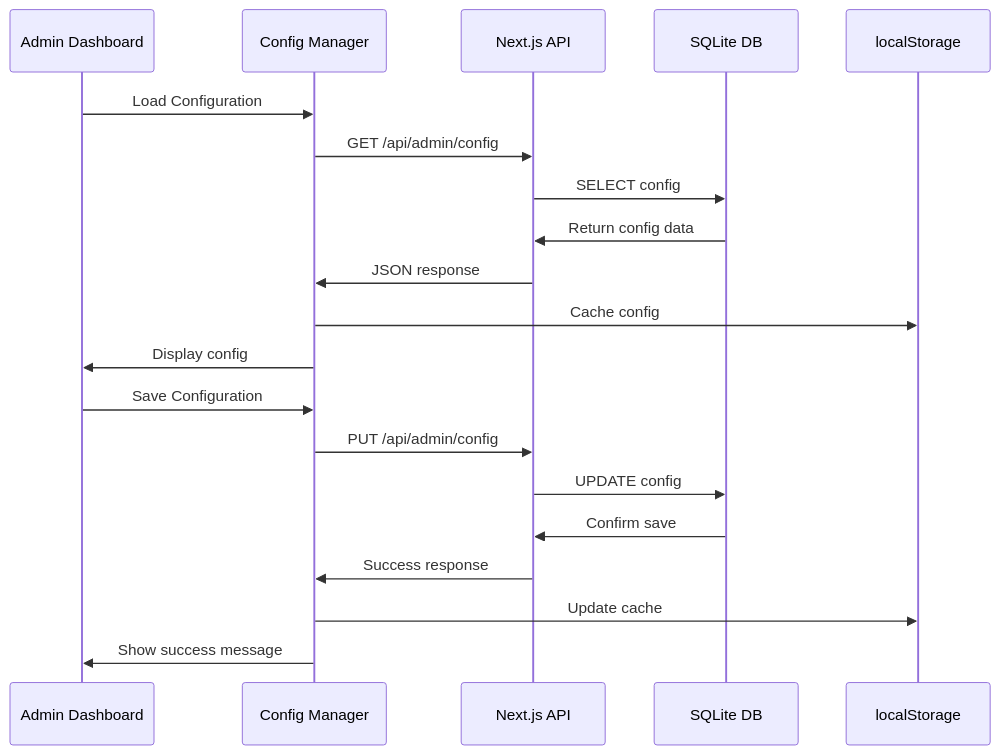
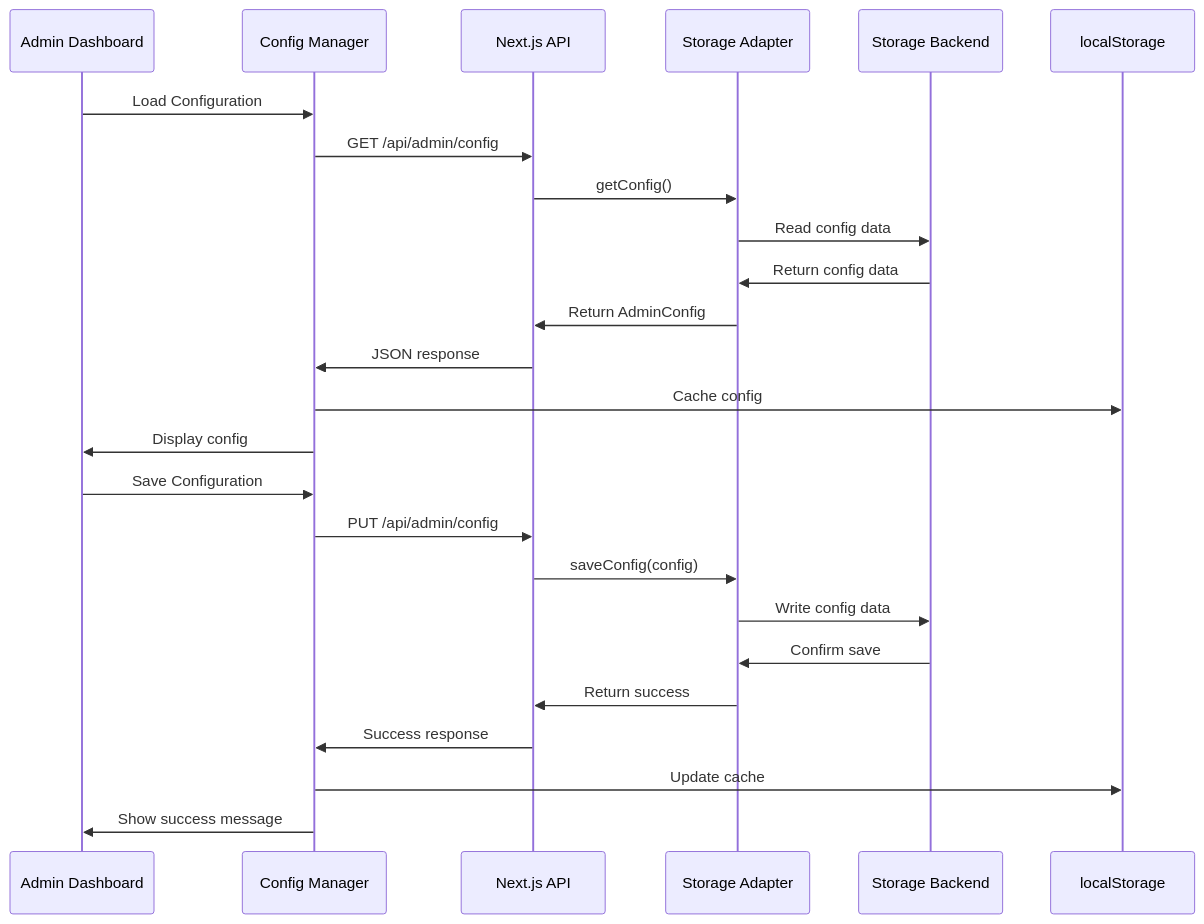
One commit to refaatcrafts/optimzed-funnle-for-upselling changed the third of 3 diagrams in .kiro/specs/server-side-config-storage/design.md. Above: the diagram before and after it, drawn with Mermaid. The commit also changed other lines of this file and 19 other files, not shown here.

````diff
--- a/.kiro/specs/server-side-config-storage/design.md
+++ b/.kiro/specs/server-side-config-storage/design.md
@@ -31,24 +64,29 @@
 ```mermaid
 sequenceDiagram
     participant A as Admin Dashboard
     participant C as Config Manager
     participant API as Next.js API
-    participant DB as SQLite DB
+    participant Adapter as Storage Adapter
+    participant Storage as Storage Backend
     participant LS as localStorage
     
     A->>C: Load Configuration
     C->>API: GET /api/admin/config
-    API->>DB: SELECT config
-    DB->>API: Return config data
+    API->>Adapter: getConfig()
+    Adapter->>Storage: Read config data
+    Storage->>Adapter: Return config data
+    Adapter->>API: Return AdminConfig
     API->>C: JSON response
     C->>LS: Cache config
     C->>A: Display config
     
     A->>C: Save Configuration
     C->>API: PUT /api/admin/config
-    API->>DB: UPDATE config
-    DB->>API: Confirm save
+    API->>Adapter: saveConfig(config)
+    Adapter->>Storage: Write config data
+    Storage->>Adapter: Confirm save
+    Adapter->>API: Return success
     API->>C: Success response
     C->>LS: Update cache
     C->>A: Show success message
 ```
````
